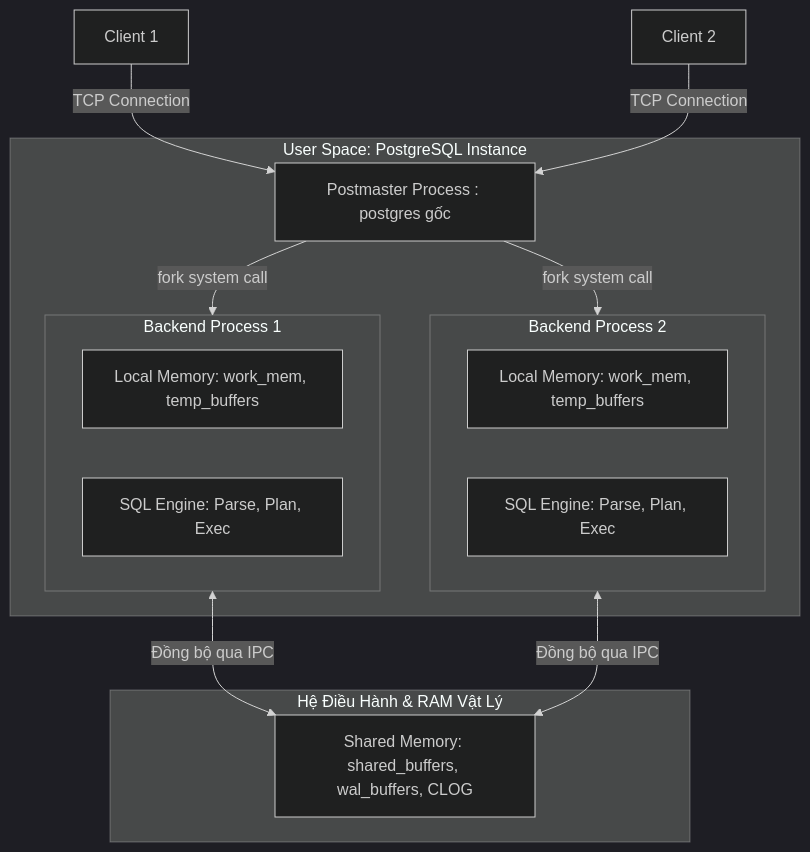
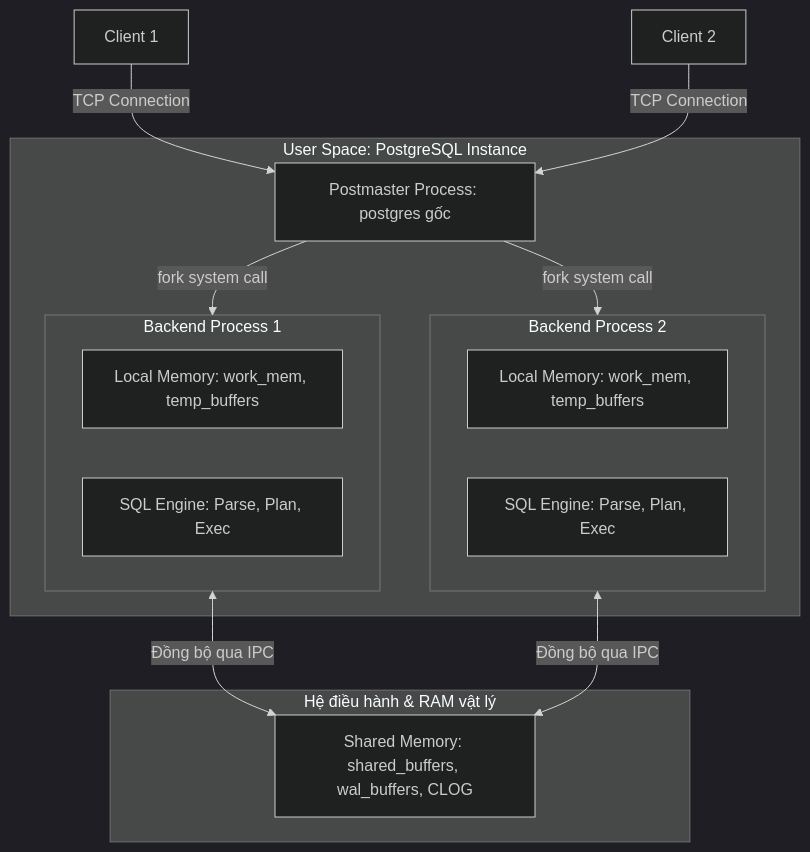
Before and after one commit to ItsLewis-DE/Handbook_DE_with_RAG: the second of 5 diagrams in docs/postgres/postgres.md, drawn with Mermaid (dark theme). The commit also changed other lines of this file and 225 other files, not shown here.

````diff
--- a/docs/postgres/postgres.md
+++ b/docs/postgres/postgres.md
@@ -271,29 +283,29 @@
 ```mermaid
 graph TD
-    subgraph OS_RAM [Hệ Điều Hành & RAM Vật Lý]
+    subgraph OS_RAM [Hệ điều hành & RAM vật lý]
         SharedMem[Shared Memory: shared_buffers, wal_buffers, CLOG]
     end
 
     subgraph PG_Instance [User Space: PostgreSQL Instance]
-        Postmaster[Postmaster Process : postgres gốc]
+        Postmaster[Postmaster Process: postgres gốc]
 
         subgraph Backend_Process_1 [Backend Process 1]
             LocalMem1[Local Memory: work_mem, temp_buffers]
             QueryEngine1[SQL Engine: Parse, Plan, Exec]
         end
 
         subgraph Backend_Process_2 [Backend Process 2]
             LocalMem2[Local Memory: work_mem, temp_buffers]
             QueryEngine2[SQL Engine: Parse, Plan, Exec]
         end
     end
 
     Client1[Client 1] -->|TCP Connection| Postmaster
     Client2[Client 2] -->|TCP Connection| Postmaster
 
     Postmaster -->|fork system call| Backend_Process_1
     Postmaster -->|fork system call| Backend_Process_2
 
     Backend_Process_1 <-->|Đồng bộ qua IPC| SharedMem
     Backend_Process_2 <-->|Đồng bộ qua IPC| SharedMem
 ```
````
